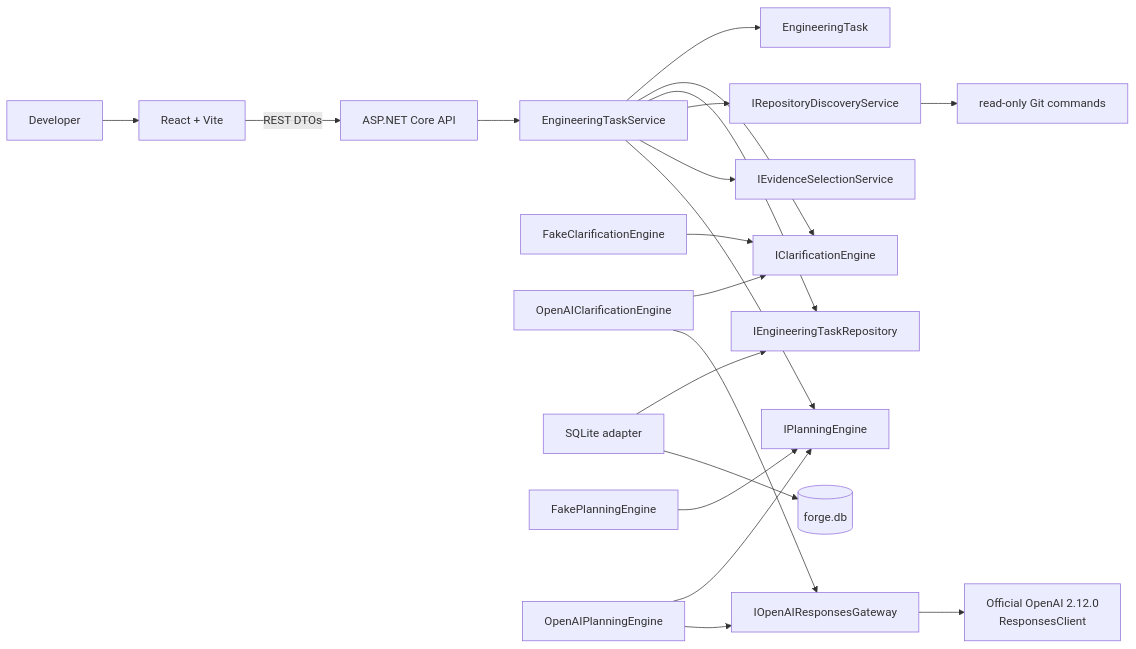
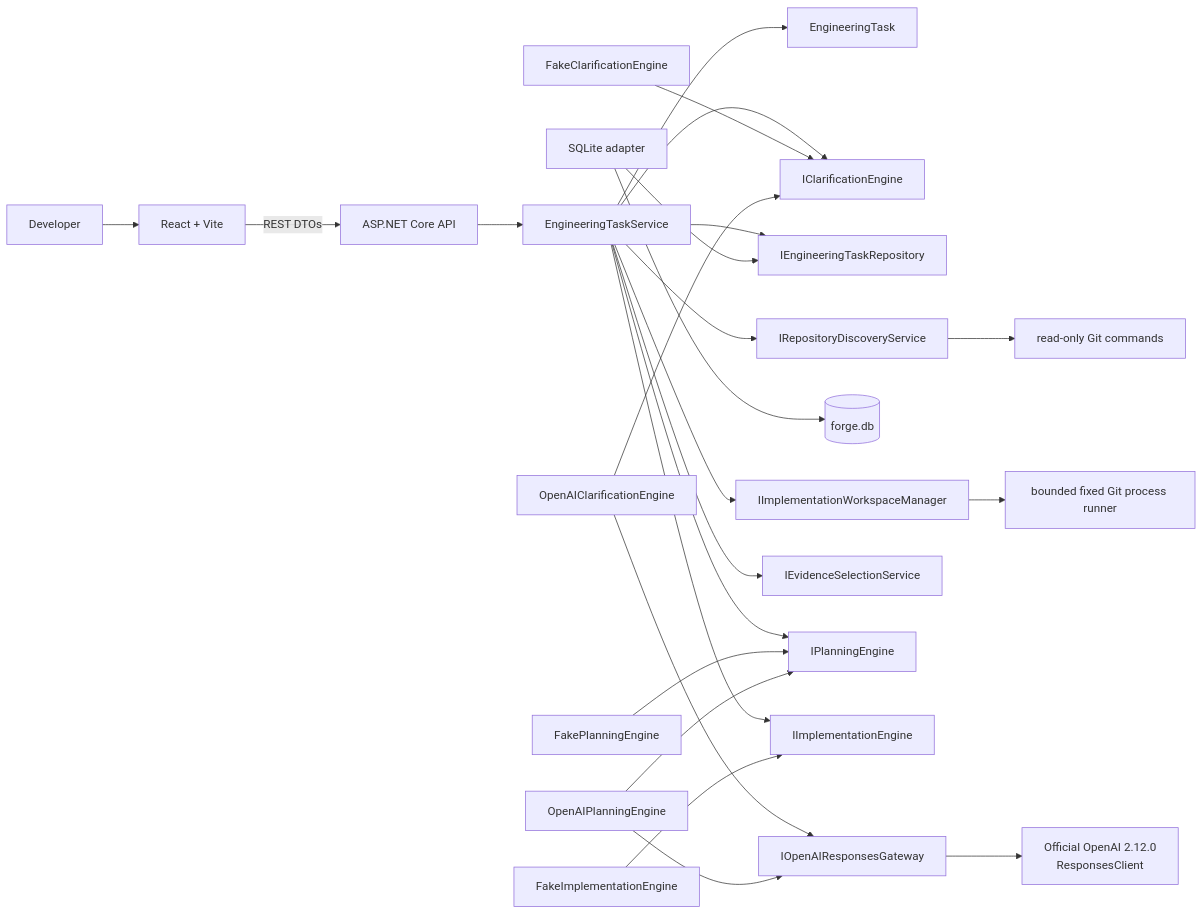
Before and after one commit to kamalpuvvada/forge-ai: the first of 3 diagrams in docs/architecture.md, drawn with Mermaid. The commit also changed other lines of this file and 51 other files, not shown here.

Commit message:
wip: checkpoint safe fake implementation review

````diff
--- a/docs/architecture.md
+++ b/docs/architecture.md
@@ -10,22 +10,26 @@
 ```mermaid
 flowchart LR
     User[Developer] --> Web[React + Vite]
     Web -->|REST DTOs| Api[ASP.NET Core API]
     Api --> Service[EngineeringTaskService]
     Service --> Domain[EngineeringTask]
     Service --> Port[IClarificationEngine]
     Service --> Repo[IEngineeringTaskRepository]
     Fake[FakeClarificationEngine] --> Port
     OpenAIEngine[OpenAIClarificationEngine] --> Port
     OpenAIEngine --> Gateway[IOpenAIResponsesGateway]
     Gateway --> SDK[Official OpenAI 2.12.0\nResponsesClient]
     RepoAdapter[SQLite adapter] --> Repo
     RepoAdapter --> DB[(forge.db)]
     Service --> Discovery[IRepositoryDiscoveryService]
     Service --> Evidence[IEvidenceSelectionService]
     Service --> Planner[IPlanningEngine]
     FakePlanner[FakePlanningEngine] --> Planner
     OpenAIPlanner[OpenAIPlanningEngine] --> Planner
     OpenAIPlanner --> Gateway
     Discovery --> Git[read-only Git commands]
+    Service --> Implementer[IImplementationEngine]
+    Service --> Workspace[IImplementationWorkspaceManager]
+    FakeImplementer[FakeImplementationEngine] --> Implementer
+    Workspace --> GitRunner[bounded fixed Git process runner]
 ```
````
